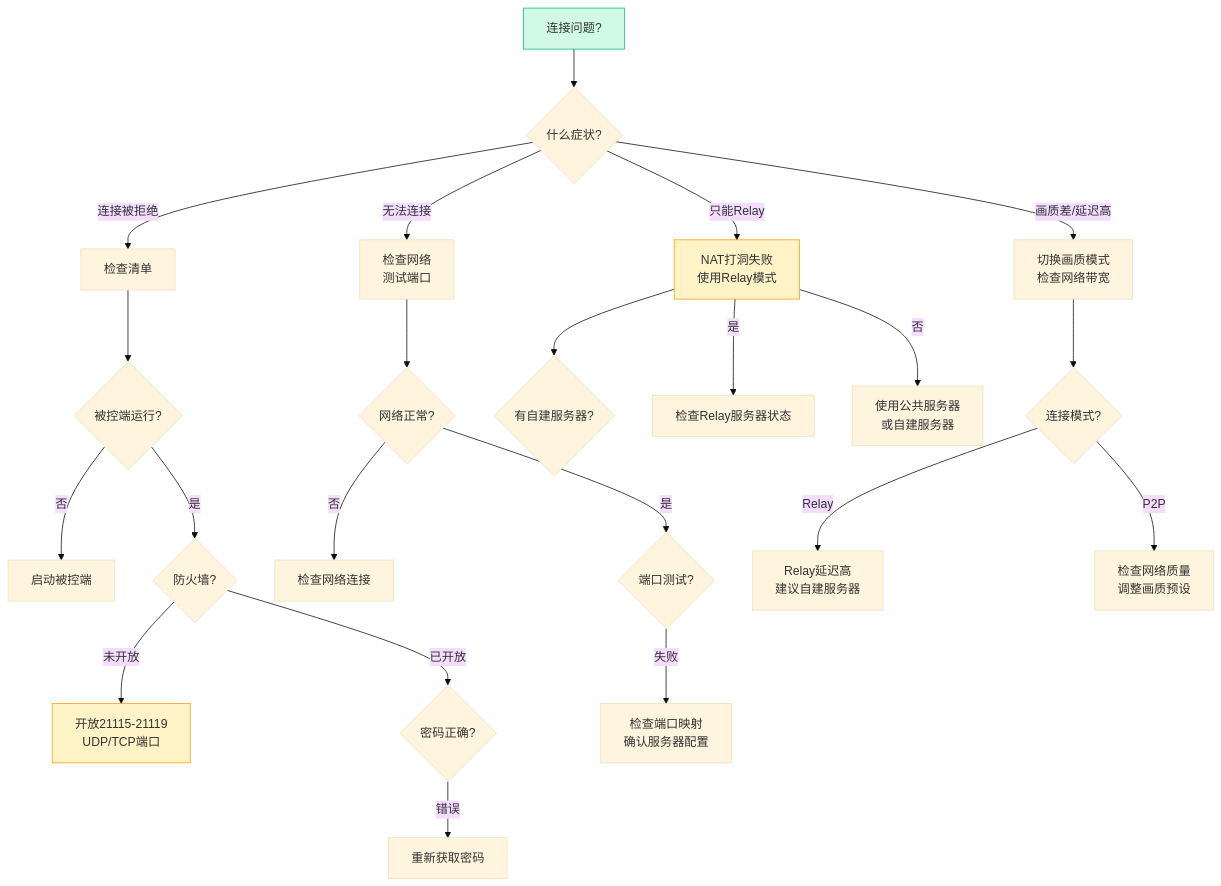
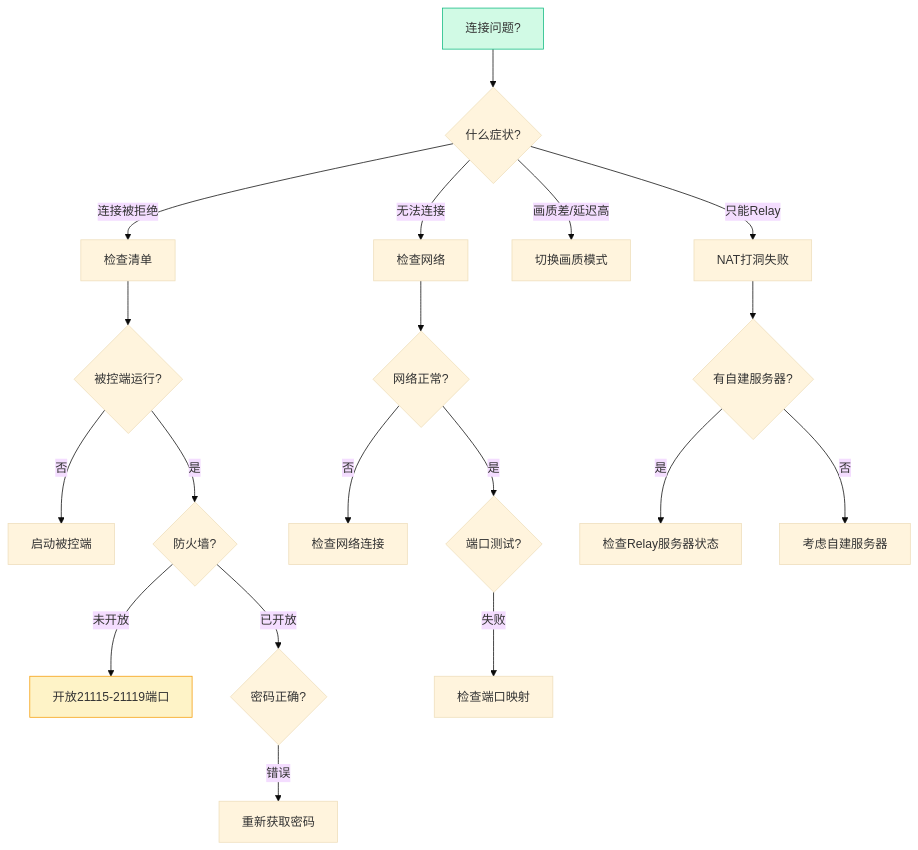
Before and after one commit to A1pha3/text-matrix: the fourth of 4 diagrams in content/posts/tech/rustdesk-open-source-remote-desktop.md, drawn with Mermaid (base theme). The commit also changed other lines of this file and 22 other files, not shown here.

````diff
--- a/content/posts/tech/rustdesk-open-source-remote-desktop.md
+++ b/content/posts/tech/rustdesk-open-source-remote-desktop.md
@@ -376,32 +351,27 @@
 ```mermaid
 flowchart TD
     START["连接问题?"] --> Q1{什么症状?}
     Q1 -->|连接被拒绝| REJECT["检查清单"]
-    Q1 -->|只能Relay| RELAY["NAT打洞失败<br>使用Relay模式"]
-    Q1 -->|画质差/延迟高| QUALITY["切换画质模式<br>检查网络带宽"]
-    Q1 -->|无法连接| CONN["检查网络<br>测试端口"]
+    Q1 -->|只能Relay| RELAY["NAT打洞失败"]
+    Q1 -->|画质差/延迟高| QUALITY["切换画质模式"]
+    Q1 -->|无法连接| CONN["检查网络"]
 
     REJECT --> R1{被控端运行?}
     R1 -->|否| RUN["启动被控端"]
     R1 -->|是| R2{防火墙?}
-    R2 -->|未开放| FW["开放21115-21119<br>UDP/TCP端口"]
+    R2 -->|未开放| FW["开放21115-21119端口"]
     R2 -->|已开放| R3{密码正确?}
     R3 -->|错误| PWD["重新获取密码"]
 
     CONN --> C1{网络正常?}
     C1 -->|否| NET["检查网络连接"]
     C1 -->|是| C2{端口测试?}
-    C2 -->|失败| PORTS["检查端口映射<br>确认服务器配置"]
+    C2 -->|失败| PORTS["检查端口映射"]
 
     RELAY --> REL1{有自建服务器?}
-    RELAY -->|是| REL2["检查Relay服务器状态"]
-    RELAY -->|否| PUB["使用公共服务器<br>或自建服务器"]
-
-    QUALITY --> Q2{连接模式?}
-    Q2 -->|Relay| RELQ["Relay延迟高<br>建议自建服务器"]
-    Q2 -->|P2P| P2PQ["检查网络质量<br>调整画质预设"]
+    REL1 -->|是| REL2["检查Relay服务器状态"]
+    REL1 -->|否| PUB["考虑自建服务器"]
 
     style START fill:#d1fae5,stroke:#10b981
-    style RELAY fill:#fef3c7,stroke:#f59e0b
     style FW fill:#fef3c7,stroke:#f59e0b
 ```
````
